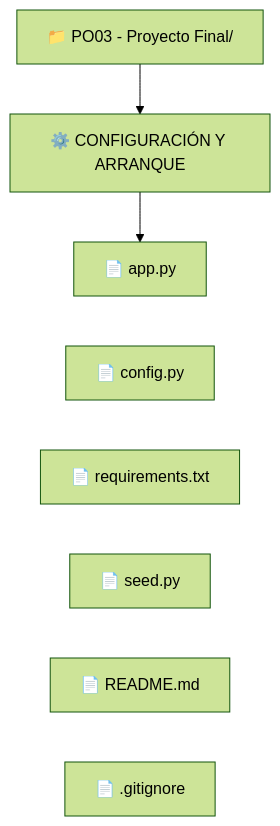
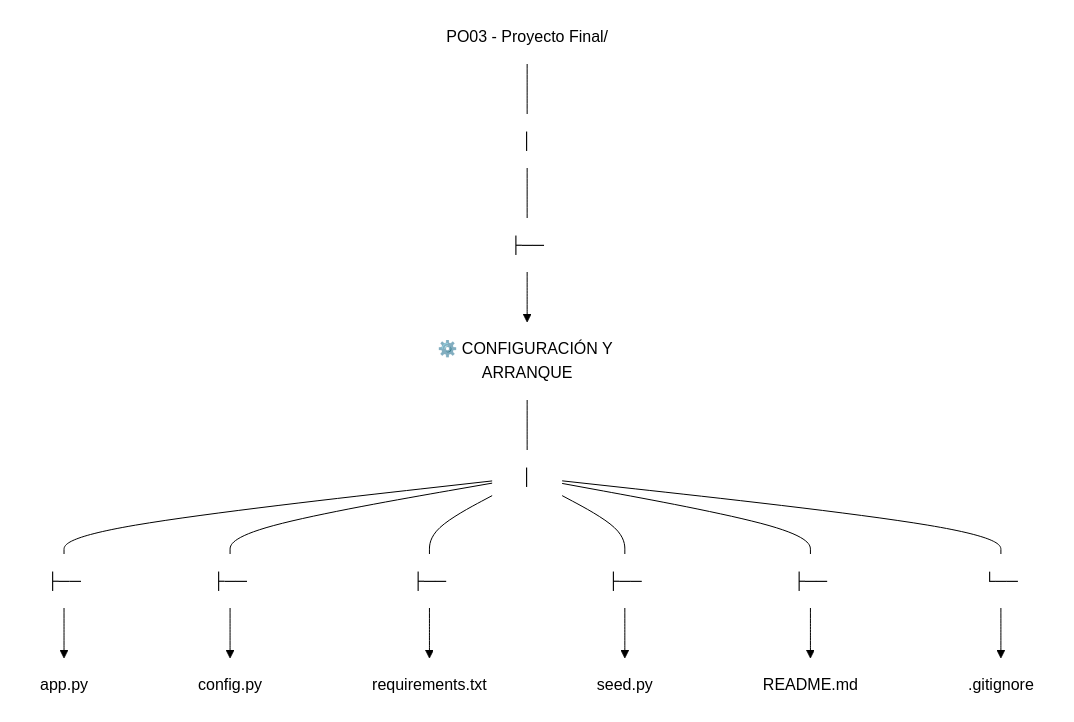
One commit to M-E-Romero/TP changed the diagram in prueba.md. Above: the diagram before and after it, drawn with Mermaid (forest theme).

````diff
--- a/prueba.md
+++ b/prueba.md
@@ -1,24 +1,44 @@
 ```mermaid
 graph TD
-    %% Definición de los elementos con sus iconos
-    R["📁 PO03 - Proyecto Final/"]
+    %% Definición de elementos limpios sin bordes ni fondos
+    R["PO03 - Proyecto Final/"]
     C1["⚙️ CONFIGURACIÓN Y ARRANQUE"]
-    F1["📄 app.py"]
-    F2["📄 config.py"]
-    F3["📄 requirements.txt"]
-    F4["📄 seed.py"]
-    F5["📄 README.md"]
-    F6["📄 .gitignore"]
+    F1["app.py"]
+    F2["config.py"]
+    F3["requirements.txt"]
+    F4["seed.py"]
+    F5["README.md"]
+    F6[".gitignore"]
 
-    %% Estructura de caídas directas alineadas a la izquierda
-    R --> C1
-    C1 --> F1
-    F1 --- F2
-    F2 --- F3
-    F3 --- F4
-    F4 --- F5
-    F5 --- F6
+    %% Conexiones con estilo de árbol usando texto intermedio
+    R --- L1["│"]
+    L1 --- L2["├──"]
+    L2 --> C1
+    
+    C1 --- L3["│"]
+    L3 --- L4["├──"] --> F1
+    L3 --- L5["├──"] --> F2
+    L3 --- L6["├──"] --> F3
+    L3 --- L7["├──"] --> F4
+    L3 --- L8["├──"] --> F5
+    L3 --- L9["└──"] --> F6
 
-    %% Estilos invisibles para forzar que caigan en lista vertical pura
-    linkStyle 2,3,4,5,6 stroke:transparent,stroke-width:0px;
+    %% Quitar cajas y bordes molestos para que parezca texto puro de directorio
+    style R fill:none,stroke:none
+    style C1 fill:none,stroke:none
+    style F1 fill:none,stroke:none
+    style F2 fill:none,stroke:none
+    style F3 fill:none,stroke:none
+    style F4 fill:none,stroke:none
+    style F5 fill:none,stroke:none
+    style F6 fill:none,stroke:none
+    style L1 fill:none,stroke:none
+    style L2 fill:none,stroke:none
+    style L3 fill:none,stroke:none
+    style L4 fill:none,stroke:none
+    style L5 fill:none,stroke:none
+    style L6 fill:none,stroke:none
+    style L7 fill:none,stroke:none
+    style L8 fill:none,stroke:none
+    style L9 fill:none,stroke:none
 ```
````
